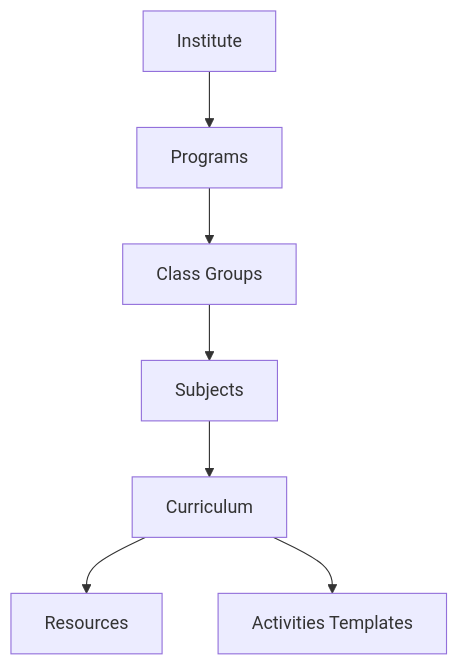
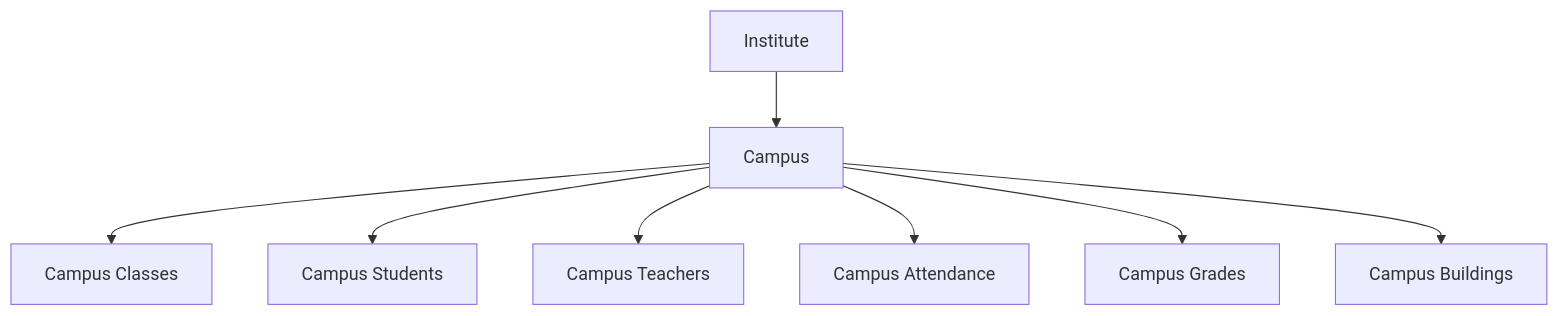
The first of 5 diagrams in Campus implimenttaion folow.md (Tekmindlabs/LXP-16-02-25-campus), drawn with Mermaid before and after one commit. The commit also changed other lines of this file and 14 other files, not shown here.

````diff
--- a/Campus implimenttaion folow.md
+++ b/Campus implimenttaion folow.md
@@ -99,9 +4,10 @@
 ```mermaid
 graph TD
-    A[Institute] --> B[Programs]
-    B --> C[Class Groups]
-    C --> D[Subjects]
-    D --> E[Curriculum]
-    E --> F[Resources]
-    E --> G[Activities Templates]
+    A[Institute] --> B[Campus]
+    B --> C[Campus Classes]
+    B --> D[Campus Students]
+    B --> E[Campus Teachers]
+    B --> F[Campus Attendance]
+    B --> G[Campus Grades]
+    B --> H[Campus Buildings]
 ```
````
